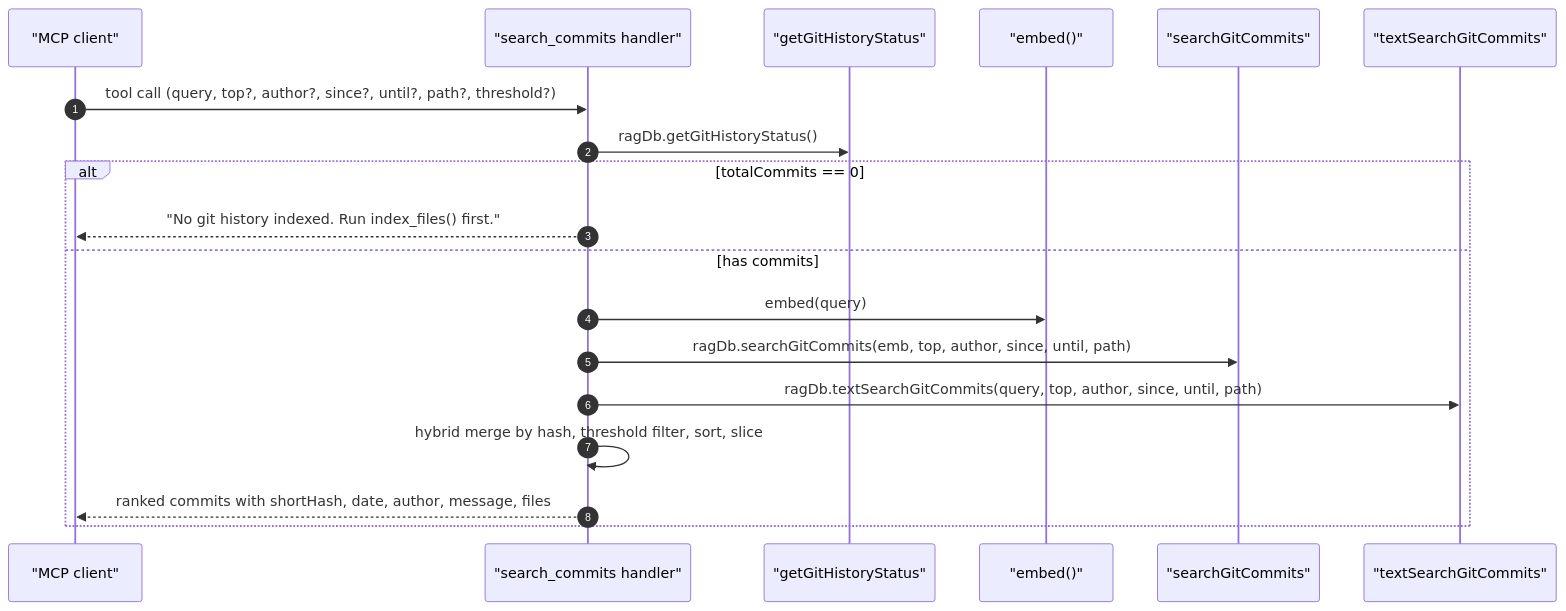
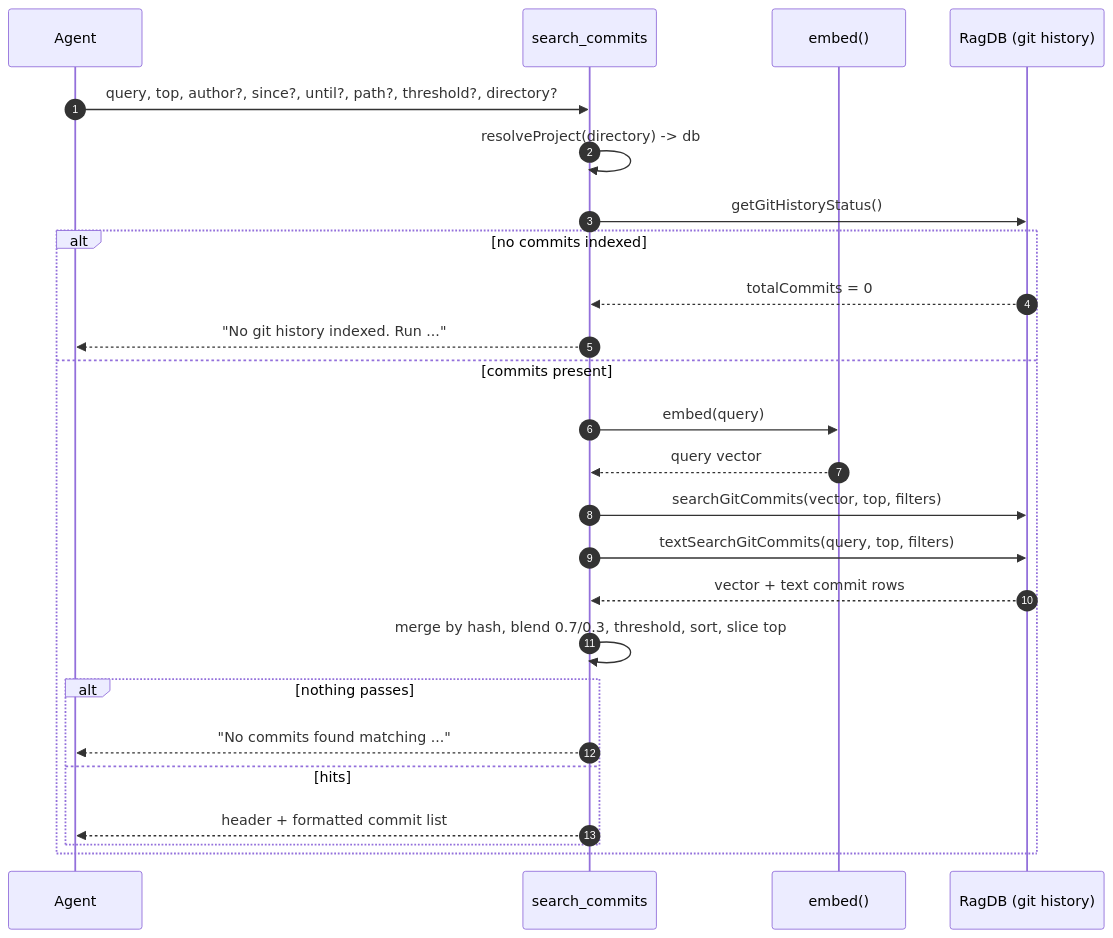
Before and after one commit to TheWinci/mimirs: the diagram in wiki/tools/search-commits.md, drawn with Mermaid. The commit also changed other lines of this file and 52 other files, not shown here.

````diff
--- a/wiki/tools/search-commits.md
+++ b/wiki/tools/search-commits.md
@@ -16,22 +40,27 @@
 ```mermaid
 sequenceDiagram
     autonumber
-    participant Client as "MCP client"
-    participant Handler as "search_commits handler"
-    participant Status as "getGitHistoryStatus"
-    participant Emb as "embed()"
-    participant Vec as "searchGitCommits"
-    participant Fts as "textSearchGitCommits"
-
-    Client->>Handler: tool call (query, top?, author?, since?, until?, path?, threshold?)
-    Handler->>Status: ragDb.getGitHistoryStatus()
-    alt totalCommits == 0
-        Handler-->>Client: "No git history indexed. Run index_files() first."
-    else has commits
-        Handler->>Emb: embed(query)
-        Handler->>Vec: ragDb.searchGitCommits(emb, top, author, since, until, path)
-        Handler->>Fts: ragDb.textSearchGitCommits(query, top, author, since, until, path)
-        Handler->>Handler: hybrid merge by hash, threshold filter, sort, slice
-        Handler-->>Client: ranked commits with shortHash, date, author, message, files
+    participant Agent
+    participant Tool as search_commits
+    participant Embed as embed()
+    participant DB as RagDB (git history)
+    Agent->>Tool: query, top, author?, since?, until?, path?, threshold?, directory?
+    Tool->>Tool: resolveProject(directory) -> db
+    Tool->>DB: getGitHistoryStatus()
+    alt no commits indexed
+        DB-->>Tool: totalCommits = 0
+        Tool-->>Agent: "No git history indexed. Run ..."
+    else commits present
+        Tool->>Embed: embed(query)
+        Embed-->>Tool: query vector
+        Tool->>DB: searchGitCommits(vector, top, filters)
+        Tool->>DB: textSearchGitCommits(query, top, filters)
+        DB-->>Tool: vector + text commit rows
+        Tool->>Tool: merge by hash, blend 0.7/0.3, threshold, sort, slice top
+        alt nothing passes
+            Tool-->>Agent: "No commits found matching ..."
+        else hits
+            Tool-->>Agent: header + formatted commit list
+        end
     end
 ```
````
